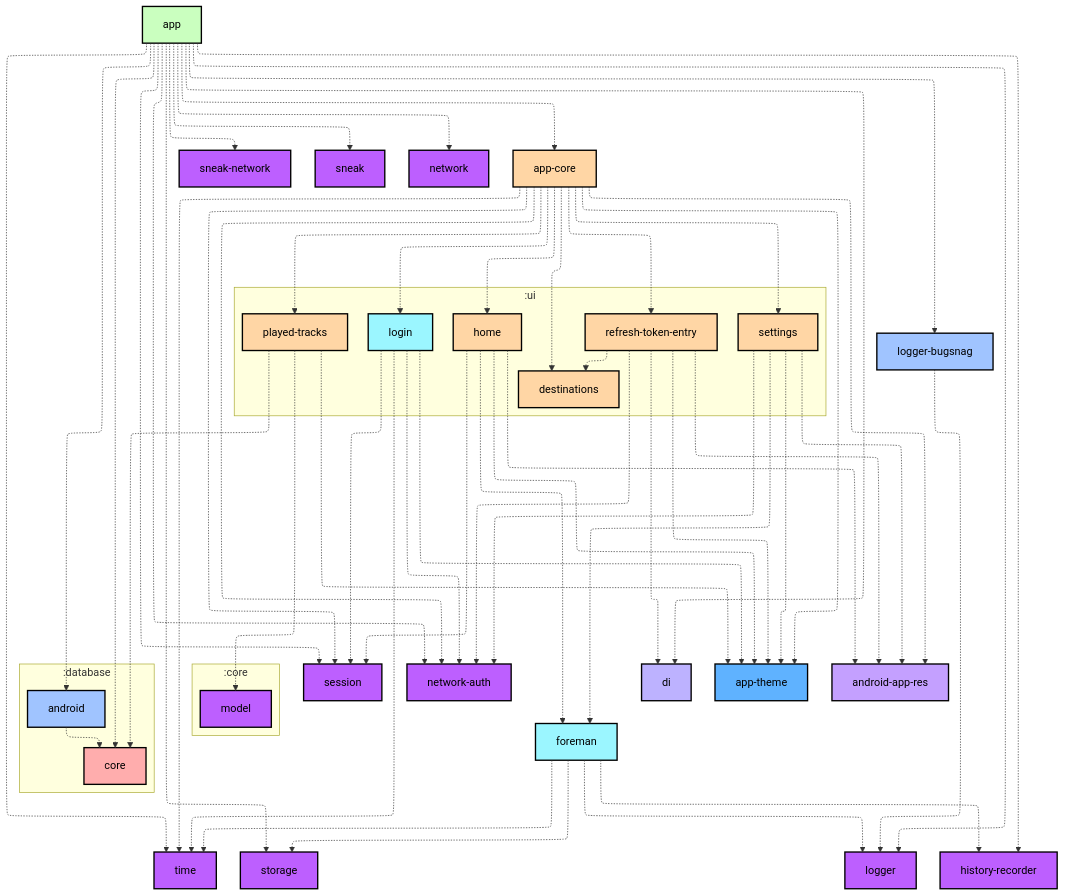
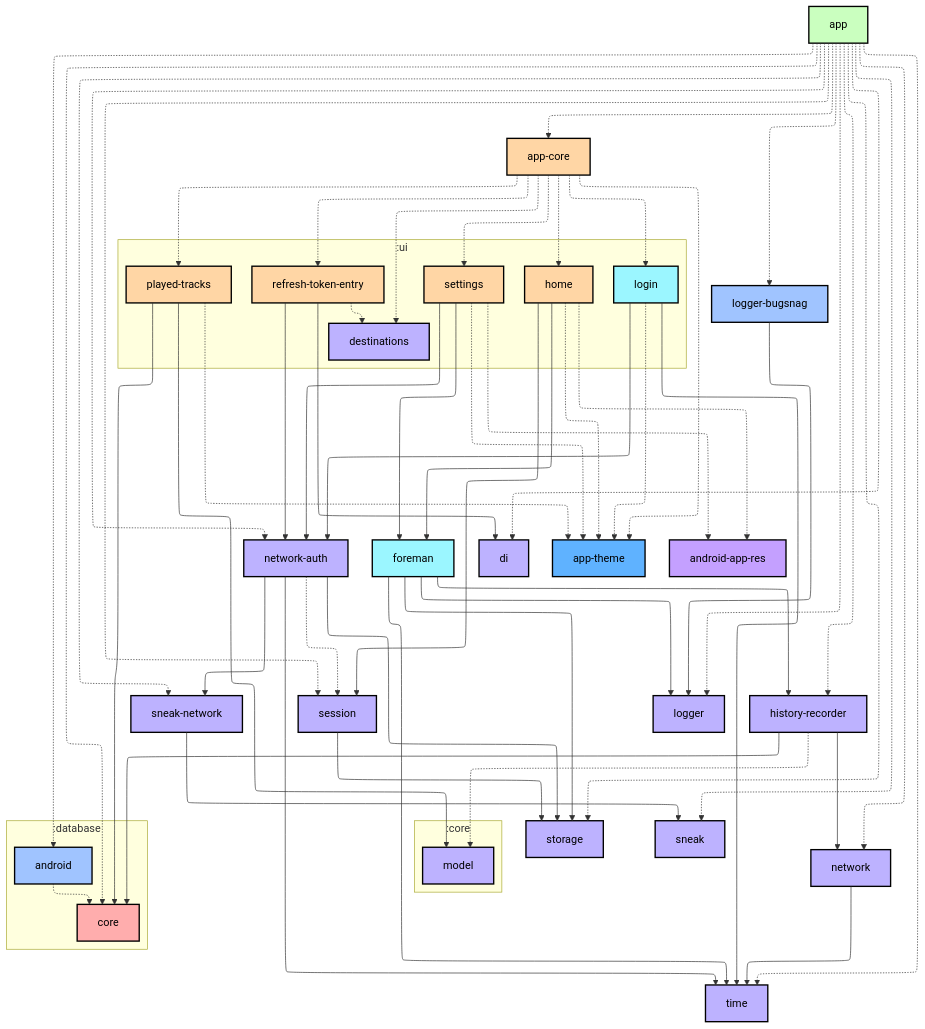
One commit to bryansills/LoudPing changed the first of 2 diagrams in app/README.md. Above: the diagram before and after it, drawn with Mermaid. The commit also changed 41 other files, not shown here.

Commit message:
Update dependency graphs for each module

```diff
--- a/app/README.md
+++ b/app/README.md
@@ -13,7 +13,7 @@
 graph TB
   subgraph :core
     direction TB
-    :core:model[model]:::multiplatform-library
+    :core:model[model]:::jvm-library
   end
   subgraph :database
     direction TB
@@ -22,23 +22,23 @@
   end
   subgraph :ui
     direction TB
-    :ui:destinations[destinations]:::compose-library
+    :ui:destinations[destinations]:::jvm-library
     :ui:home[home]:::compose-library
     :ui:login[login]:::android-dagger
     :ui:played-tracks[played-tracks]:::compose-library
     :ui:refresh-token-entry[refresh-token-entry]:::compose-library
     :ui:settings[settings]:::compose-library
   end
-  :time[time]:::multiplatform-library
-  :storage[storage]:::multiplatform-library
-  :sneak-network[sneak-network]:::multiplatform-library
-  :sneak[sneak]:::multiplatform-library
-  :session[session]:::multiplatform-library
-  :network-auth[network-auth]:::multiplatform-library
-  :network[network]:::multiplatform-library
+  :time[time]:::jvm-library
+  :storage[storage]:::jvm-library
+  :sneak-network[sneak-network]:::jvm-library
+  :sneak[sneak]:::jvm-library
+  :session[session]:::jvm-library
+  :network-auth[network-auth]:::jvm-library
+  :network[network]:::jvm-library
   :logger-bugsnag[logger-bugsnag]:::android-kotlin
-  :logger[logger]:::multiplatform-library
-  :history-recorder[history-recorder]:::multiplatform-library
+  :logger[logger]:::jvm-library
+  :history-recorder[history-recorder]:::jvm-library
   :foreman[foreman]:::android-dagger
   :di[di]:::jvm-library
   :app-theme[app-theme]:::multiplatform-compose
@@ -60,11 +60,7 @@
   :app -.-> :sneak-network
   :app -.-> :storage
   :app -.-> :time
-  :app-core -.-> :android-app-res
   :app-core -.-> :app-theme
-  :app-core -.-> :network-auth
-  :app-core -.-> :session
-  :app-core -.-> :time
   :app-core -.-> :ui:destinations
   :app-core -.-> :ui:home
   :app-core -.-> :ui:login
@@ -72,31 +68,38 @@
   :app-core -.-> :ui:refresh-token-entry
   :app-core -.-> :ui:settings
   :database:android -.-> :database:core
-  :foreman -.-> :history-recorder
-  :foreman -.-> :logger
-  :foreman -.-> :storage
-  :foreman -.-> :time
-  :logger-bugsnag -.-> :logger
+  :foreman --> :history-recorder
+  :foreman --> :logger
+  :foreman --> :storage
+  :foreman --> :time
+  :history-recorder -.-> :core:model
+  :history-recorder --> :database:core
+  :history-recorder --> :network
+  :logger-bugsnag --> :logger
+  :network --> :time
+  :network-auth -.-> :session
+  :network-auth --> :sneak-network
+  :network-auth --> :storage
+  :network-auth --> :time
+  :session --> :storage
+  :sneak-network --> :sneak
   :ui:home -.-> :android-app-res
   :ui:home -.-> :app-theme
-  :ui:home -.-> :foreman
-  :ui:home -.-> :session
+  :ui:home --> :foreman
+  :ui:home --> :session
   :ui:login -.-> :app-theme
-  :ui:login -.-> :network-auth
-  :ui:login -.-> :session
-  :ui:login -.-> :time
+  :ui:login --> :network-auth
+  :ui:login --> :time
   :ui:played-tracks -.-> :app-theme
-  :ui:played-tracks -.-> :core:model
-  :ui:played-tracks -.-> :database:core
-  :ui:refresh-token-entry -.-> :android-app-res
-  :ui:refresh-token-entry -.-> :app-theme
-  :ui:refresh-token-entry -.-> :di
-  :ui:refresh-token-entry -.-> :network-auth
+  :ui:played-tracks --> :core:model
+  :ui:played-tracks --> :database:core
+  :ui:refresh-token-entry --> :di
+  :ui:refresh-token-entry --> :network-auth
   :ui:refresh-token-entry -.-> :ui:destinations
   :ui:settings -.-> :android-app-res
   :ui:settings -.-> :app-theme
-  :ui:settings -.-> :foreman
-  :ui:settings -.-> :network-auth
+  :ui:settings --> :foreman
+  :ui:settings --> :network-auth
 
 classDef android-application fill:#CAFFBF,stroke:#000,stroke-width:2px,color:#000;
 classDef compose-library fill:#FFD6A5,stroke:#000,stroke-width:2px,color:#000;
```
